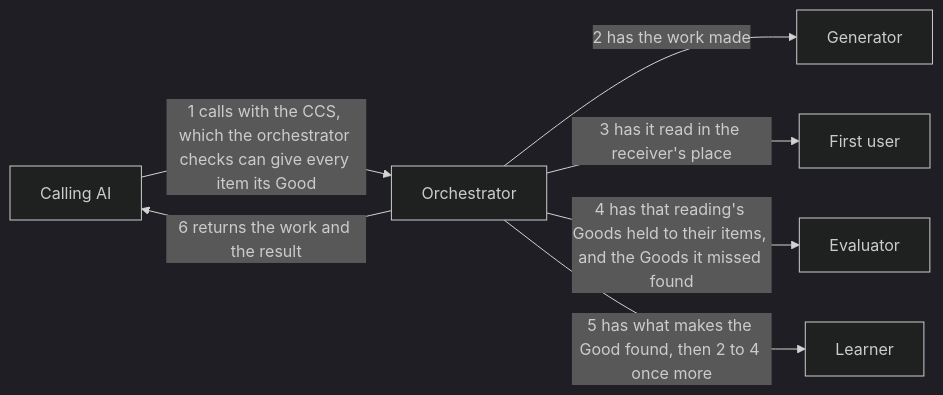
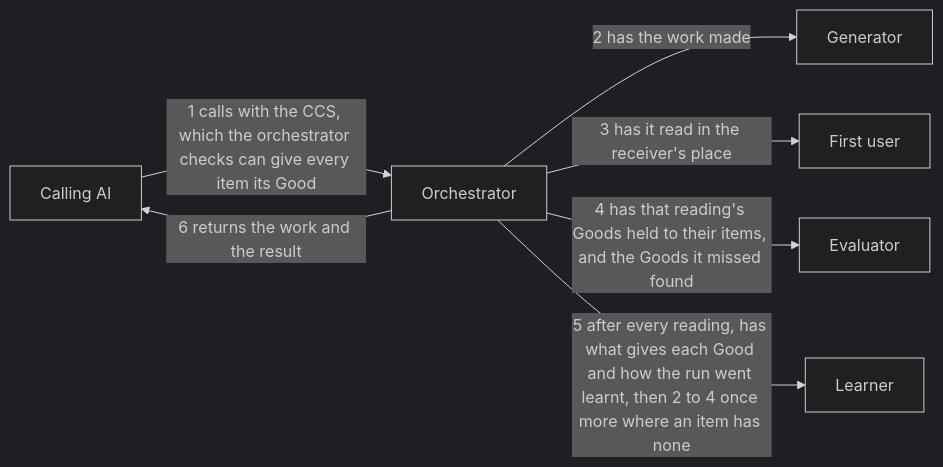
One commit to lovaizu/ccpm changed the diagram in dev/turn/design.md. Above: the diagram before and after it, drawn with Mermaid (dark theme). The commit also changed other lines of this file and 2 other files, not shown here.

First line of the commit message:
turn design: a statement grounded by quotes and, for how the product behaves, a run; one learner after every reading, on the work and on how the run went

````diff
--- a/dev/turn/design.md
+++ b/dev/turn/design.md
@@ -20,15 +21,15 @@
 ```mermaid
 flowchart LR
   caller["Calling AI"]
   orch["Orchestrator"]
   gen["Generator"]
   fu["First user"]
   ev["Evaluator"]
   le["Learner"]
   caller -->|1 calls with the CCS, which the orchestrator checks can give every item its Good| orch
   orch -->|2 has the work made| gen
   orch -->|3 has it read in the receiver's place| fu
   orch -->|4 has that reading's Goods held to their items, and the Goods it missed found| ev
-  orch -->|5 has what makes the Good found, then 2 to 4 once more| le
+  orch -->|5 after every reading, has what gives each Good and how the run went learnt, then 2 to 4 once more where an item has none| le
   orch -->|6 returns the work and the result| caller
 ```
````
